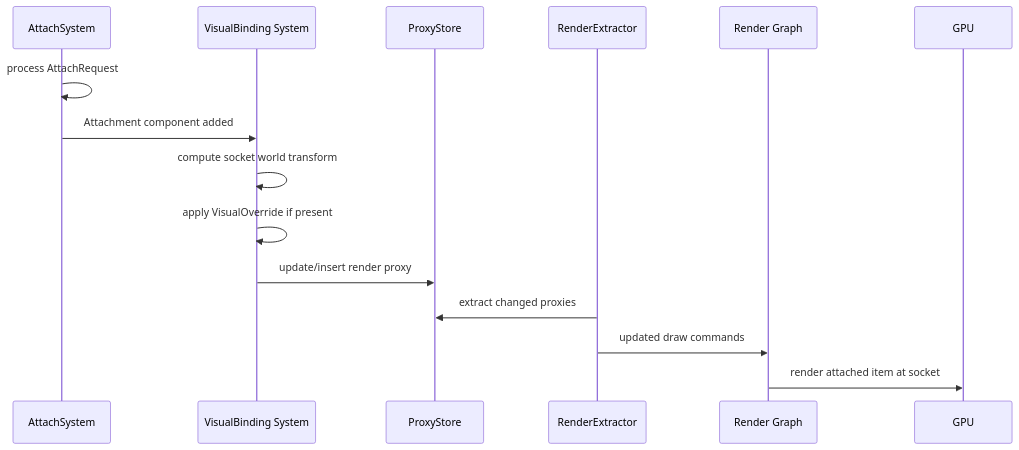
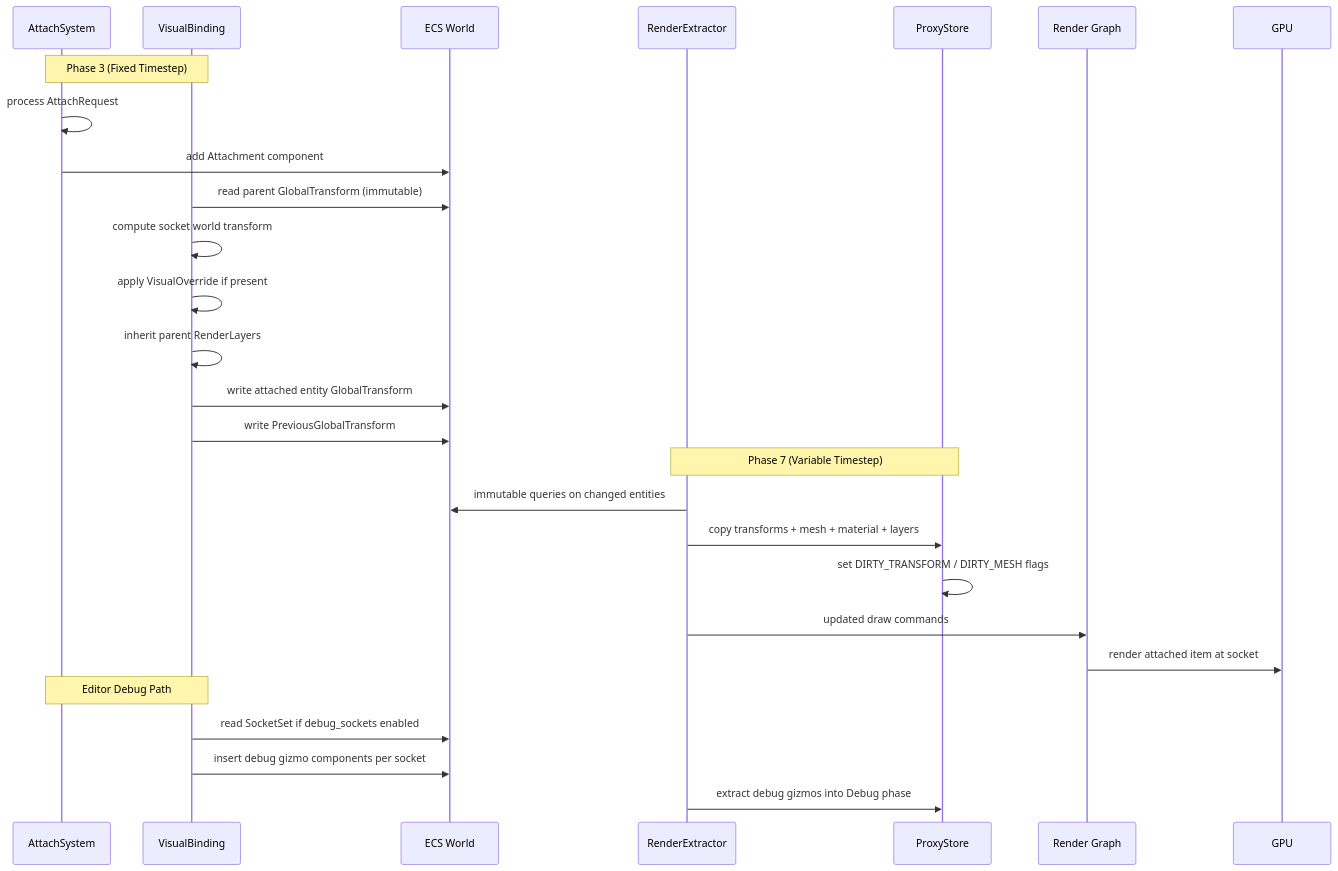
One commit to harmonius-dev/harmonius changed the diagram in docs/design/integration/containers-slots-rendering.md. Above: the diagram before and after it, drawn with Mermaid. The commit also changed other lines of this file and 57 other files, not shown here.

````diff
--- a/docs/design/integration/containers-slots-rendering.md
+++ b/docs/design/integration/containers-slots-rendering.md
@@ -68,18 +109,32 @@
 ```mermaid
 sequenceDiagram
     participant AT as AttachSystem
-    participant VB as VisualBinding System
+    participant VB as VisualBinding
+    participant ECS as ECS World
+    participant EXT as RenderExtractor
     participant PS as ProxyStore
-    participant EXT as RenderExtractor
     participant RG as Render Graph
     participant GPU as GPU
 
+    Note over AT,VB: Phase 3 (Fixed Timestep)
     AT->>AT: process AttachRequest
-    AT->>VB: Attachment component added
+    AT->>ECS: add Attachment component
+    VB->>ECS: read parent GlobalTransform (immutable)
     VB->>VB: compute socket world transform
     VB->>VB: apply VisualOverride if present
-    VB->>PS: update/insert render proxy
-    EXT->>PS: extract changed proxies
+    VB->>VB: inherit parent RenderLayers
+    VB->>ECS: write attached entity GlobalTransform
+    VB->>ECS: write PreviousGlobalTransform
+
+    Note over EXT,PS: Phase 7 (Variable Timestep)
+    EXT->>ECS: immutable queries on changed entities
+    EXT->>PS: copy transforms + mesh + material + layers
+    PS->>PS: set DIRTY_TRANSFORM / DIRTY_MESH flags
     EXT->>RG: updated draw commands
     RG->>GPU: render attached item at socket
+
+    Note over AT,VB: Editor Debug Path
+    VB->>ECS: read SocketSet if debug_sockets enabled
+    VB->>ECS: insert debug gizmo components per socket
+    EXT->>PS: extract debug gizmos into Debug phase
 ```
````
